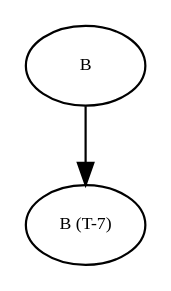
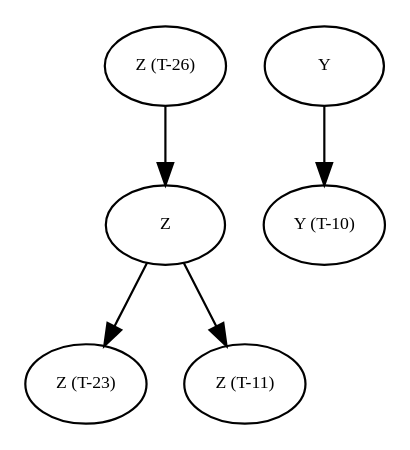
The diagram in graphs/debug_tree0.dot (amso100/livescript-declarations), drawn with Graphviz before and after one commit. The commit also changed 15 other files, not shown here.

```diff
--- a/graphs/debug_tree0.dot
+++ b/graphs/debug_tree0.dot
@@ -1,15 +1,47 @@
 digraph RGL__DirectedAdjacencyGraph {
-    B [
+    Z [
         fontsize = 8,
-        label = B
+        label = Z
     ]
 
-    "B (T-7)" [
+    "Z (T-23)" [
         fontsize = 8,
-        label = "B (T-7)"
+        label = "Z (T-23)"
     ]
 
-    B -> "B (T-7)" [
+    "Z (T-11)" [
+        fontsize = 8,
+        label = "Z (T-11)"
+    ]
+
+    "Z (T-26)" [
+        fontsize = 8,
+        label = "Z (T-26)"
+    ]
+
+    Y [
+        fontsize = 8,
+        label = Y
+    ]
+
+    "Y (T-10)" [
+        fontsize = 8,
+        label = "Y (T-10)"
+    ]
+
+    Z -> "Z (T-23)" [
+        fontsize = 8
+    ]
+
+    Z -> "Z (T-11)" [
+        fontsize = 8
+    ]
+
+    "Z (T-26)" -> Z [
+        fontsize = 8
+    ]
+
+    Y -> "Y (T-10)" [
         fontsize = 8
     ]
 }
```
